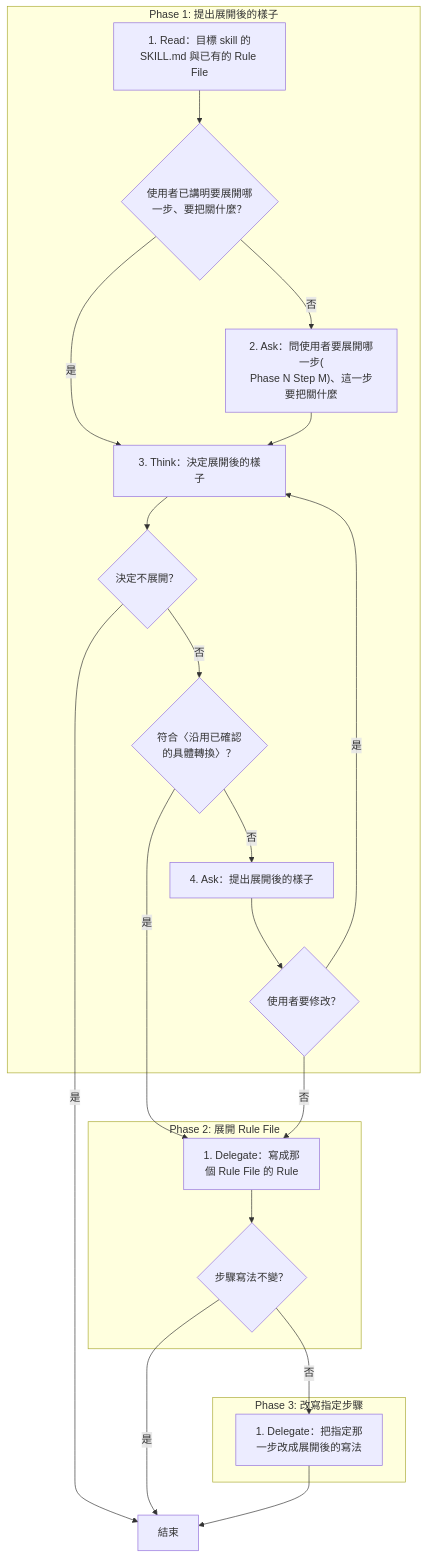
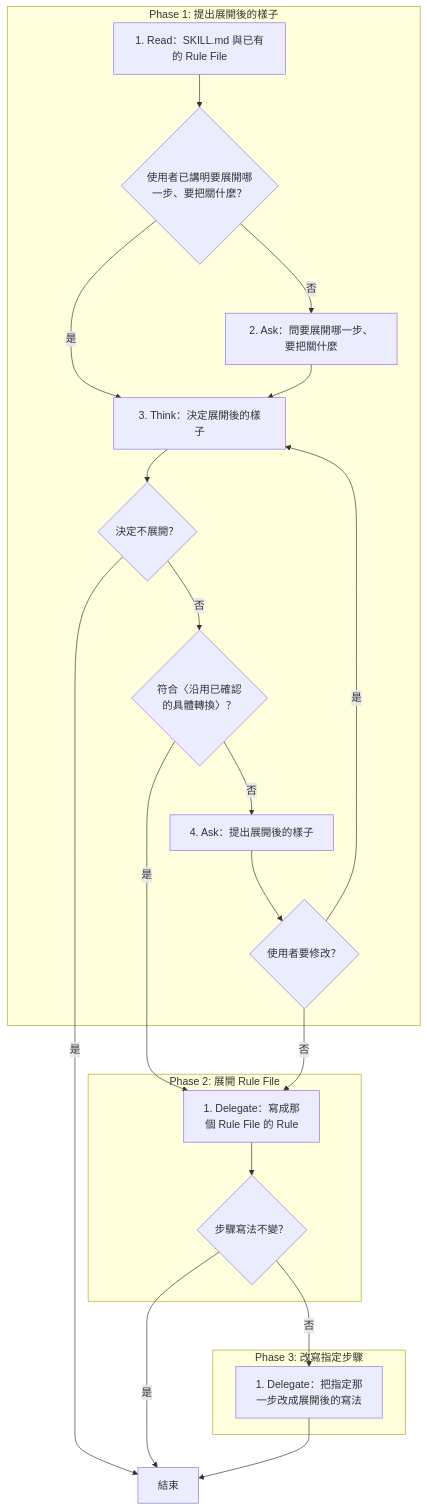
Before and after one commit to AI-x-BDD/BDGG-Dev-Skills: the first of 2 diagrams in .claude/skills/skill-derive-rule/SKILL.md, drawn with Mermaid. The commit also changed other lines of this file and 33 other files, not shown here.

````diff
--- a/.claude/skills/skill-derive-rule/SKILL.md
+++ b/.claude/skills/skill-derive-rule/SKILL.md
@@ -23,37 +23,37 @@
 ```mermaid
 flowchart TD
     subgraph P1["Phase 1: 提出展開後的樣子"]
-        P1S1["1. Read：目標 skill 的<br/>SKILL.md 與已有的 Rule File"]
+        P1S1["1. Read：SKILL.md 與已有的 Rule File"]
         G_P1S1_1{"使用者已講明要展開哪<br/>一步、要把關什麼？"}
-        P1S2["2. Ask：問使用者要展開哪一步(<br/>Phase N Step M)、這一步要把關什麼"]
+        P1S2["2. Ask：問要展開哪一步、要把關什麼"]
         P1S3["3. Think：決定展開後的樣子"]
         G_P1S3_1{"決定不展開？"}
         G_P1S3_2{"符合〈沿用已確認<br/>的具體轉換〉？"}
         P1S4["4. Ask：提出展開後的樣子"]
         G_P1S4_1{"使用者要修改？"}
     end
     subgraph P2["Phase 2: 展開 Rule File"]
         P2S1["1. Delegate：寫成那<br/>個 Rule File 的 Rule"]
         G_P2S1_1{"步驟寫法不變？"}
     end
     subgraph P3["Phase 3: 改寫指定步驟"]
         P3S1["1. Delegate：把指定那<br/>一步改成展開後的寫法"]
     end
     End["結束"]
     P1S1 --> G_P1S1_1
     G_P1S1_1 -->|是| P1S3
     G_P1S1_1 -->|否| P1S2
     P1S2 --> P1S3
     P1S3 --> G_P1S3_1
     G_P1S3_1 -->|是| End
     G_P1S3_1 -->|否| G_P1S3_2
     G_P1S3_2 -->|是| P2S1
     G_P1S3_2 -->|否| P1S4
     P1S4 --> G_P1S4_1
     G_P1S4_1 -->|是| P1S3
     G_P1S4_1 -->|否| P2S1
     P2S1 --> G_P2S1_1
     G_P2S1_1 -->|是| End
     G_P2S1_1 -->|否| P3S1
     P3S1 --> End
 ```
````
